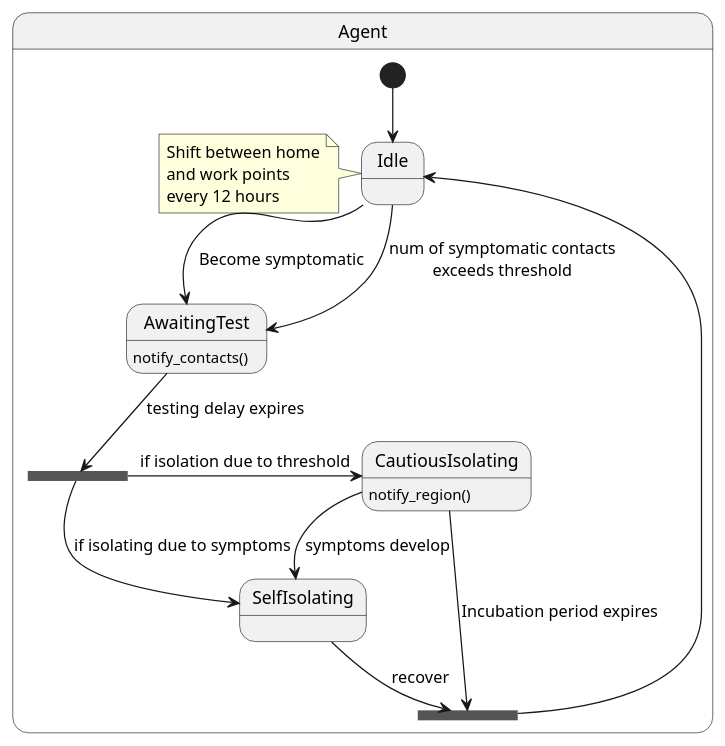
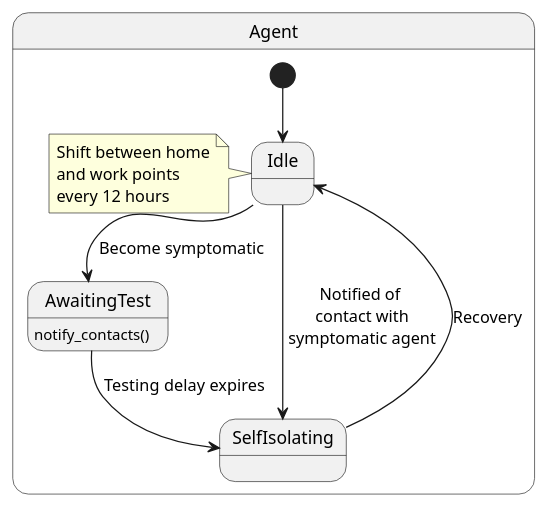
The diagram in doc/uml/src/contact-tracing.puml (JoshuaSFryer/multi-agent-sim), drawn with PlantUML before and after one commit. The commit also changed 22 other files, not shown here.

```diff
--- a/doc/uml/src/contact-tracing.puml
+++ b/doc/uml/src/contact-tracing.puml
@@ -1,25 +1,18 @@
 @startuml Model_C_Contact_Tracing
 
 state Agent {
     [*] -down-> Idle
     note left of Idle
         Shift between home
         and work points
         every 12 hours
     end note
-    Idle -down-> AwaitingTest : Become symptomatic
-    Idle -down-> AwaitingTest : num of symptomatic contacts\nexceeds threshold
-    state isolation_fork <<fork>>
+    Idle --> AwaitingTest : Become symptomatic
+    Idle --> SelfIsolating : Notified of\n contact with\n symptomatic agent
     AwaitingTest : notify_contacts()
-    AwaitingTest -down-> isolation_fork : testing delay expires
-    isolation_fork -down-> SelfIsolating : if isolating due to symptoms
-    isolation_fork -right-> CautiousIsolating : if isolation due to threshold
-    state join_state <<join>>
-    SelfIsolating --> join_state : recover
-    CautiousIsolating --> join_state : Incubation period expires
-    CautiousIsolating --> SelfIsolating : symptoms develop
-    CautiousIsolating : notify_region()
-    join_state --> Idle
+    AwaitingTest --> SelfIsolating : Testing delay expires
+
+    SelfIsolating --> Idle : Recovery
 }
 
 @enduml
```
